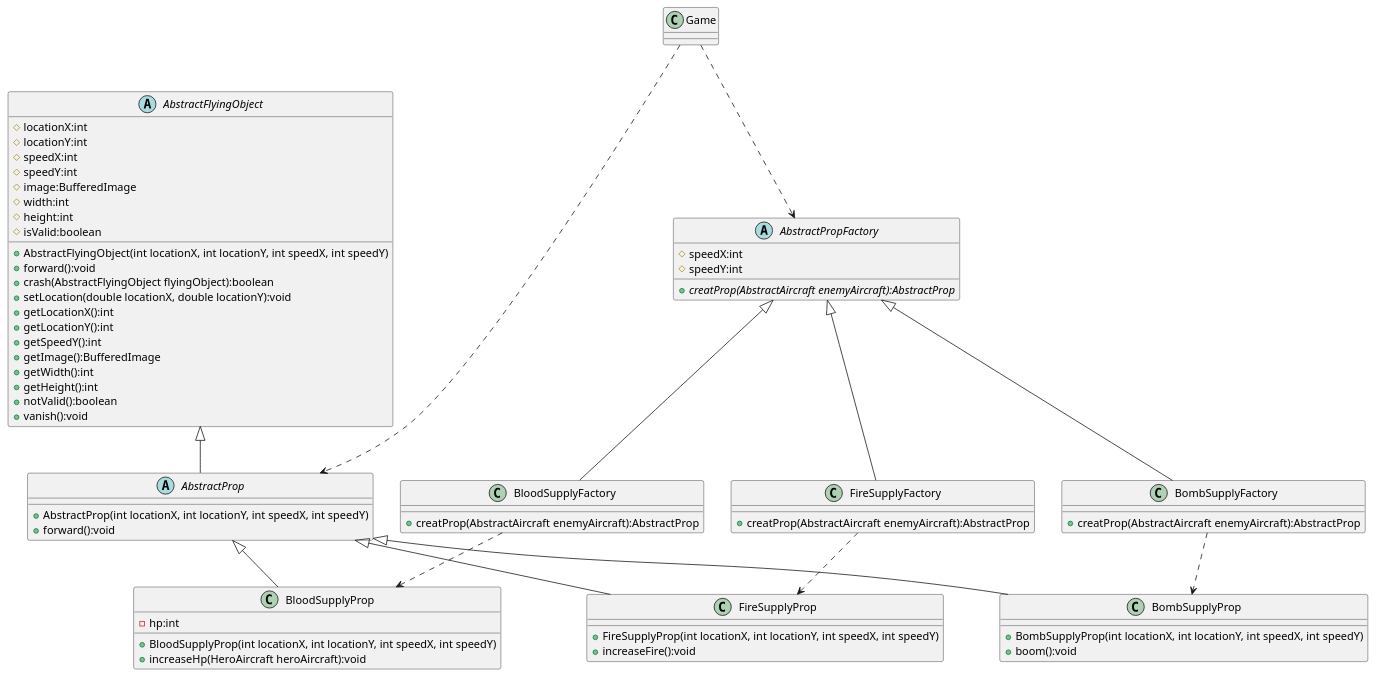
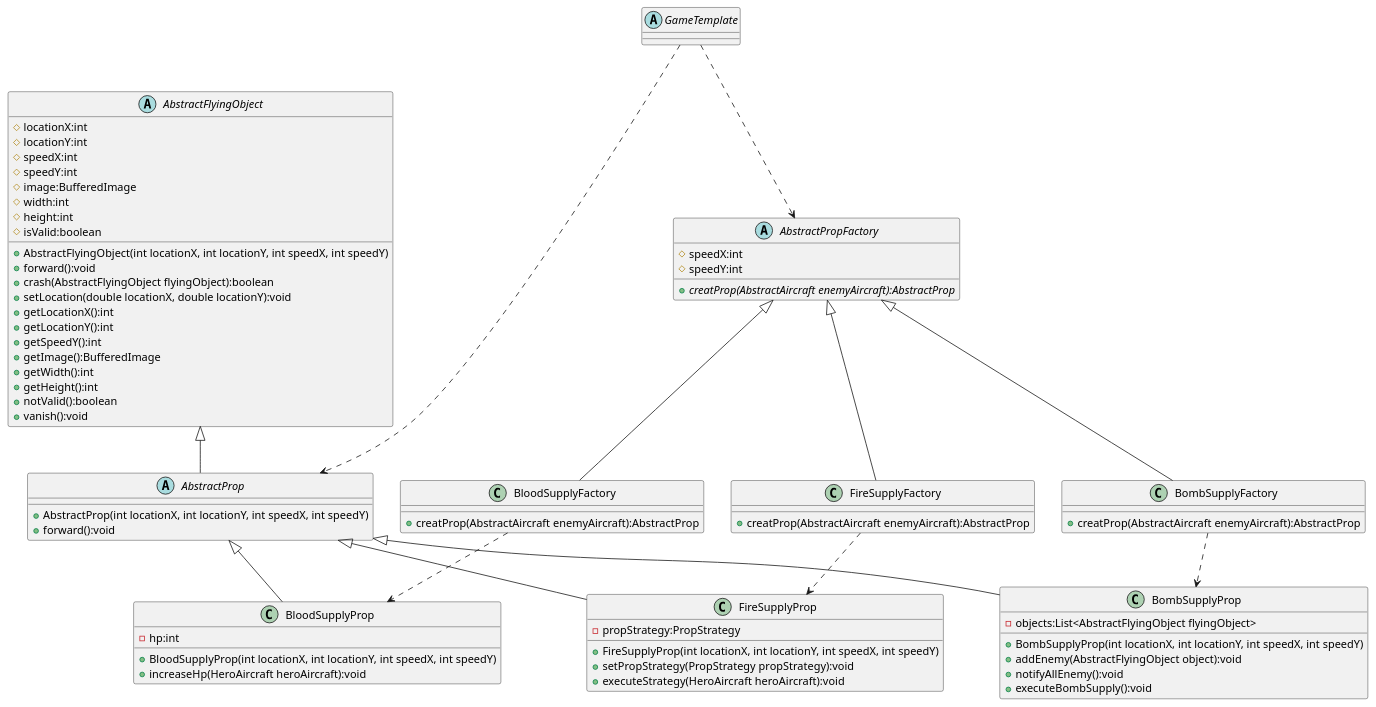
Before and after one commit to Straho-Chen/AircraftWar-base: the diagram in uml/PropFactory.puml, drawn with PlantUML. The commit also changed 35 other files, not shown here.

```diff
--- a/uml/PropFactory.puml
+++ b/uml/PropFactory.puml
@@ -1,89 +1,94 @@
 @startuml
 'https://plantuml.com/class-diagram
 
 abstract class AbstractPropFactory {
     # speedX:int
     # speedY:int
     + {abstract} creatProp(AbstractAircraft enemyAircraft):AbstractProp
 }
 
 class BloodSupplyFactory {
     + creatProp(AbstractAircraft enemyAircraft):AbstractProp
 }
 
 class FireSupplyFactory {
     + creatProp(AbstractAircraft enemyAircraft):AbstractProp
 }
 
 class BombSupplyFactory {
     + creatProp(AbstractAircraft enemyAircraft):AbstractProp
 }
 
-class Game {
+abstract class GameTemplate {
 }
 
 abstract class AbstractFlyingObject
 {
     # locationX:int
     # locationY:int
     # speedX:int
     # speedY:int
     # image:BufferedImage
     # width:int
     # height:int
     # isValid:boolean
 
     + AbstractFlyingObject(int locationX, int locationY, int speedX, int speedY)
     + forward():void
     + crash(AbstractFlyingObject flyingObject):boolean
     + setLocation(double locationX, double locationY):void
     + getLocationX():int
     + getLocationY():int
     + getSpeedY():int
     + getImage():BufferedImage
     + getWidth():int
     + getHeight():int
     + notValid():boolean
     + vanish():void
 }
 
 abstract class AbstractProp
 {
     + AbstractProp(int locationX, int locationY, int speedX, int speedY)
     + forward():void
 }
 
 class BloodSupplyProp {
     - hp:int
     + BloodSupplyProp(int locationX, int locationY, int speedX, int speedY)
     + increaseHp(HeroAircraft heroAircraft):void
 }
 
 class FireSupplyProp {
+    - propStrategy:PropStrategy
     + FireSupplyProp(int locationX, int locationY, int speedX, int speedY)
-    + increaseFire():void
+    + setPropStrategy(PropStrategy propStrategy):void
+    + executeStrategy(HeroAircraft heroAircraft):void
 }
 
 class BombSupplyProp {
+    - objects:List<AbstractFlyingObject flyingObject>
     + BombSupplyProp(int locationX, int locationY, int speedX, int speedY)
-    + boom():void
+    + addEnemy(AbstractFlyingObject object):void
+    + notifyAllEnemy():void
+    + executeBombSupply():void
 }
 
 AbstractFlyingObject <|-- AbstractProp
 
 AbstractProp <|-- BloodSupplyProp
 AbstractProp <|-- FireSupplyProp
 AbstractProp <|-- BombSupplyProp
 
 AbstractPropFactory <|-- BloodSupplyFactory
 AbstractPropFactory <|-- FireSupplyFactory
 AbstractPropFactory <|-- BombSupplyFactory
 
-Game ..> AbstractPropFactory
-Game ..> AbstractProp
+GameTemplate ..> AbstractPropFactory
+GameTemplate ..> AbstractProp
 
 BloodSupplyFactory ..> BloodSupplyProp
 FireSupplyFactory ..> FireSupplyProp
 BombSupplyFactory ..> BombSupplyProp
 
 @enduml
```
